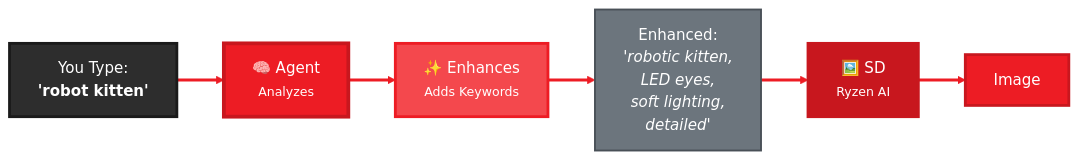
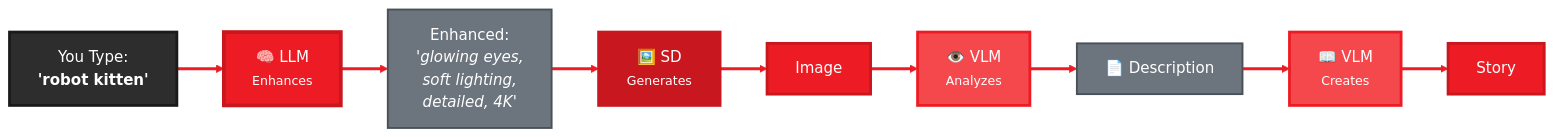
One commit to amd/gaia changed the diagram in docs/guides/sd.mdx. Above: the diagram before and after it, drawn with Mermaid. The commit also changed other lines of this file, not shown here.

First line of the commit message:
Restructure guide with proper flow and highlight VLM features

````diff
--- a/docs/guides/sd.mdx
+++ b/docs/guides/sd.mdx
@@ -58,22 +75,31 @@
 ```mermaid
 %%{init: {'theme':'base', 'themeVariables': { 'primaryColor':'#ED1C24', 'primaryTextColor':'#fff', 'primaryBorderColor':'#C8171E', 'lineColor':'#F4484D', 'secondaryColor':'#2d2d2d', 'tertiaryColor':'#f5f5f5', 'fontSize':'16px', 'fontFamily': 'system-ui, -apple-system, sans-serif'}}}%%
 graph LR
-    A["You Type:<br/><b>'robot kitten'</b>"] --> B["🧠 Agent<br/><small>Analyzes</small>"]
+    A["You Type:<br/><b>'robot kitten'</b>"] --> B["🧠 LLM<br/><small>Enhances</small>"]
 
-    B --> C["✨ Enhances<br/><small>Adds Keywords</small>"]
+    B --> C["Enhanced:<br/><i>'glowing eyes,<br/>soft lighting,<br/>detailed, 4K'</i>"]
 
-    C --> D["Enhanced:<br/><i>'robotic kitten,<br/>LED eyes,<br/>soft lighting,<br/>detailed'</i>"]
+    C --> D["🖼️ SD<br/><small>Generates</small>"]
 
-    D --> E["🖼️ SD<br/><small>Ryzen AI</small>"]
+    D --> E["Image"]
 
-    E --> F["Image"]
+    E --> F["👁️ VLM<br/><small>Analyzes</small>"]
+
+    F --> G["📄 Description"]
+
+    G --> H["📖 VLM<br/><small>Creates</small>"]
+
+    H --> I["Story"]
 
     style A fill:#2d2d2d,stroke:#1a1a1a,stroke-width:3px,color:#fff
     style B fill:#ED1C24,stroke:#C8171E,stroke-width:4px,color:#fff
-    style C fill:#F4484D,stroke:#ED1C24,stroke-width:3px,color:#fff
-    style D fill:#6c757d,stroke:#495057,stroke-width:2px,color:#fff
-    style E fill:#C8171E,stroke:#C8171E,stroke-width:3px,color:#fff
-    style F fill:#ED1C24,stroke:#C8171E,stroke-width:3px,color:#fff
+    style C fill:#6c757d,stroke:#495057,stroke-width:2px,color:#fff
+    style D fill:#C8171E,stroke:#C8171E,stroke-width:3px,color:#fff
+    style E fill:#ED1C24,stroke:#C8171E,stroke-width:3px,color:#fff
+    style F fill:#F4484D,stroke:#ED1C24,stroke-width:3px,color:#fff
+    style G fill:#6c757d,stroke:#495057,stroke-width:2px,color:#fff
+    style H fill:#F4484D,stroke:#ED1C24,stroke-width:3px,color:#fff
+    style I fill:#ED1C24,stroke:#C8171E,stroke-width:3px,color:#fff
 
-    linkStyle 0,1,2,3,4 stroke:#ED1C24,stroke-width:3px
+    linkStyle 0,1,2,3,4,5,6,7 stroke:#ED1C24,stroke-width:3px
 ```
````
